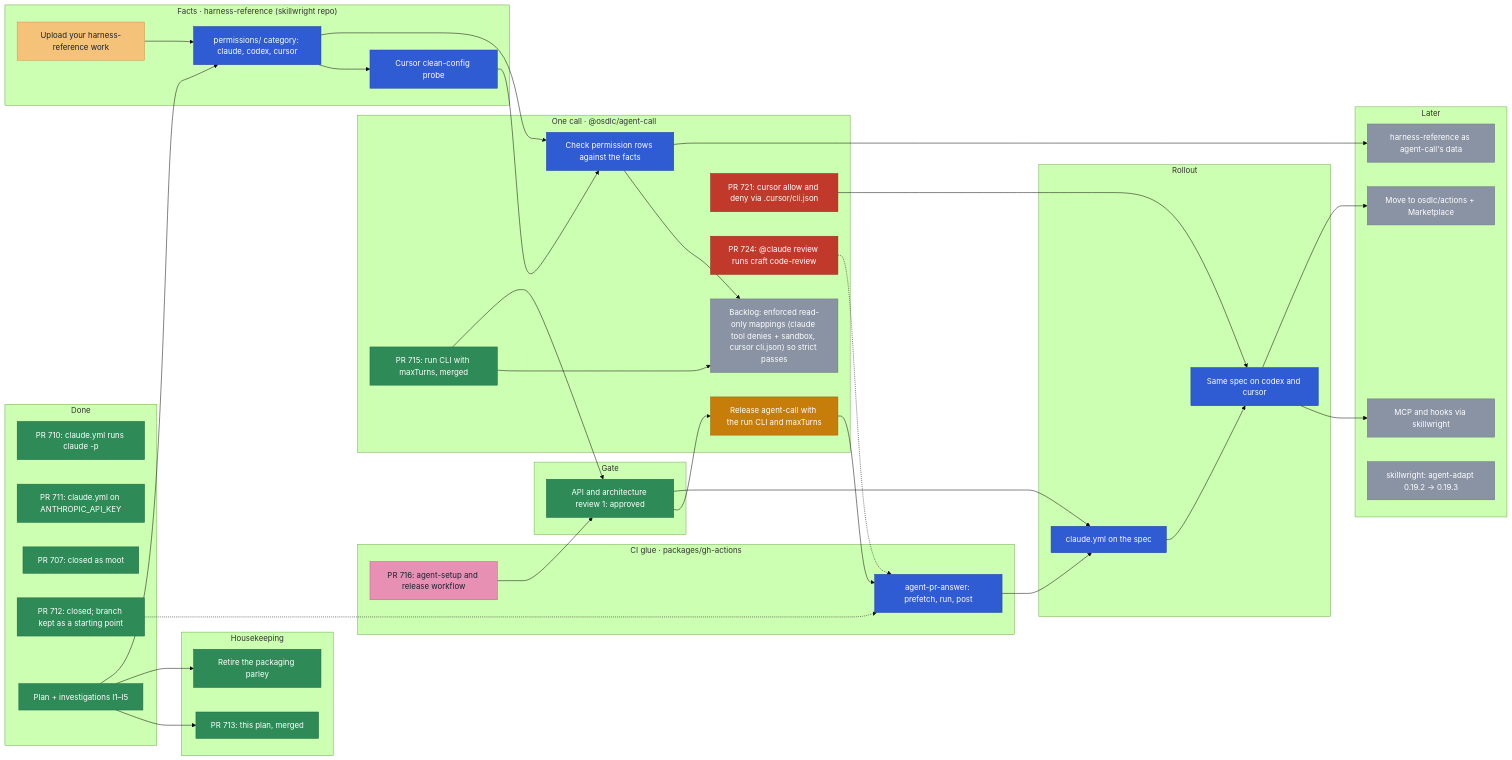
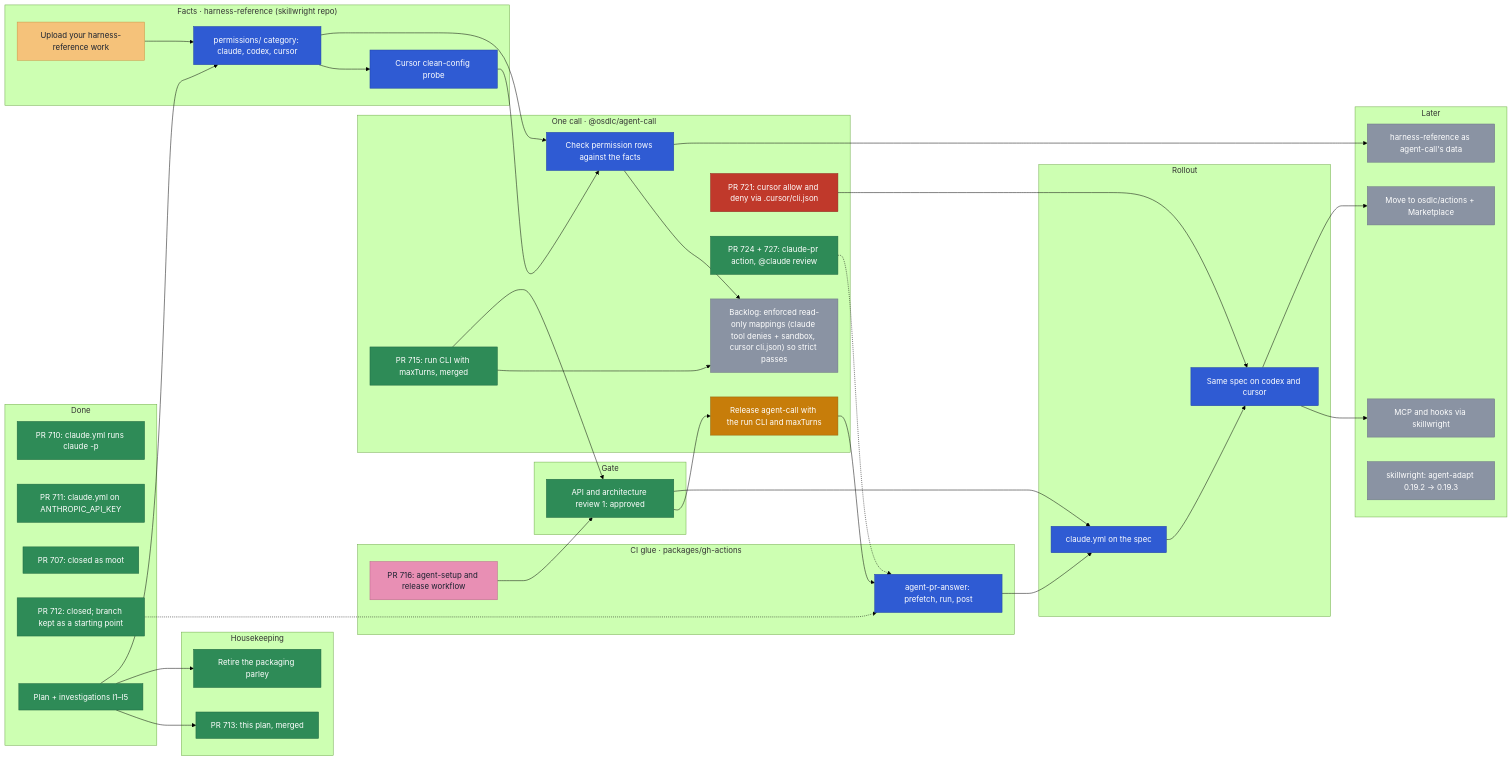
Before and after one commit to osdlc/osdlc: the diagram in docs/planning/agent-ci.md, drawn with Mermaid (forest theme). The commit also changed other lines of this file, not shown here.

Commit message:
docs(planning): PRs 724 and 727 merged, 723 waiting on review

```diff
--- a/docs/planning/agent-ci.md
+++ b/docs/planning/agent-ci.md
@@ -59,7 +59,7 @@
     CHECK["Check permission rows against the facts"]
     STRICT["Backlog: enforced read-only mappings (claude tool denies + sandbox, cursor cli.json) so strict passes"]
     CUR["PR 721: cursor allow and deny via .cursor/cli.json"]
-    REV["PR 724: @claude review runs craft code-review"]
+    REV["PR 724 + 727: claude-pr action, @claude review"]
     REL["Release agent-call with the run CLI and maxTurns"]
   end
   subgraph gate["Gate"]
@@ -115,7 +115,7 @@
   class W710,P711,P707,P712,PLAN,PARLEY,PLANPR,ARCH,RUN done
   class UP yours
   class SETUP external
-  class REV blocked
+  class REV done
   class PERM,PROBE,CHECK,ANS,SPEC,MULTI next
   class REL active
   class CUR blocked
```
